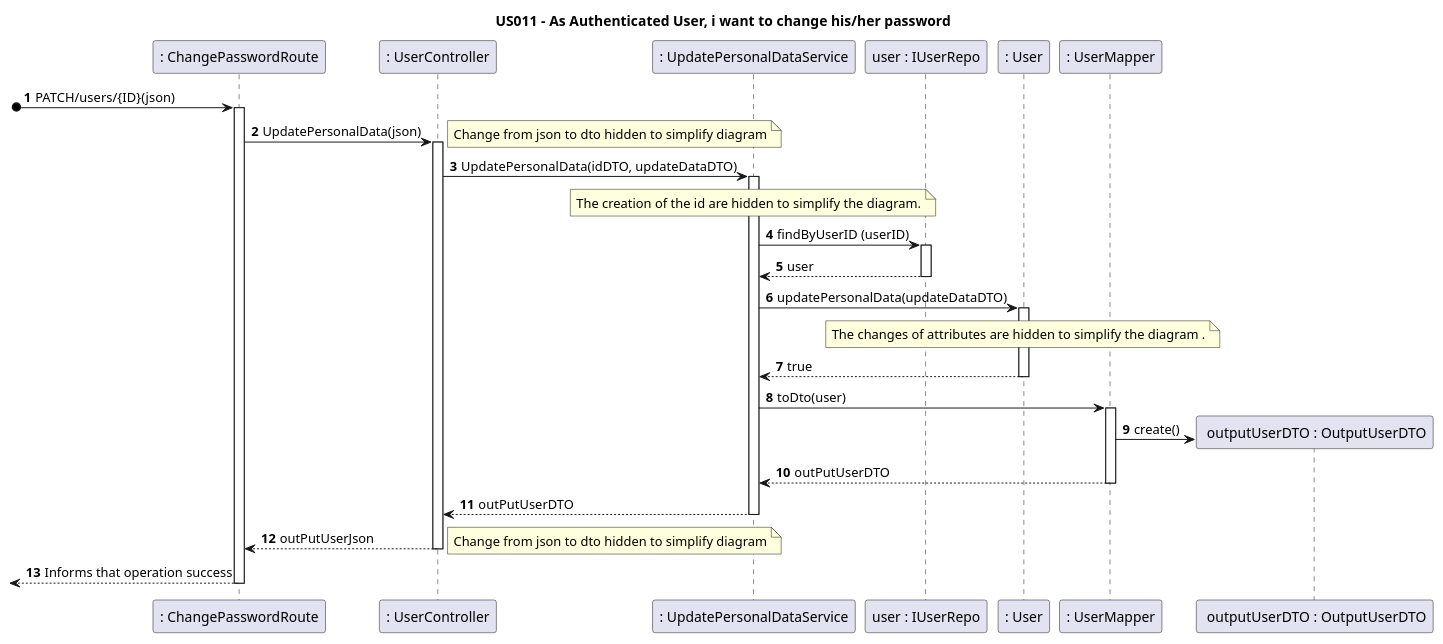
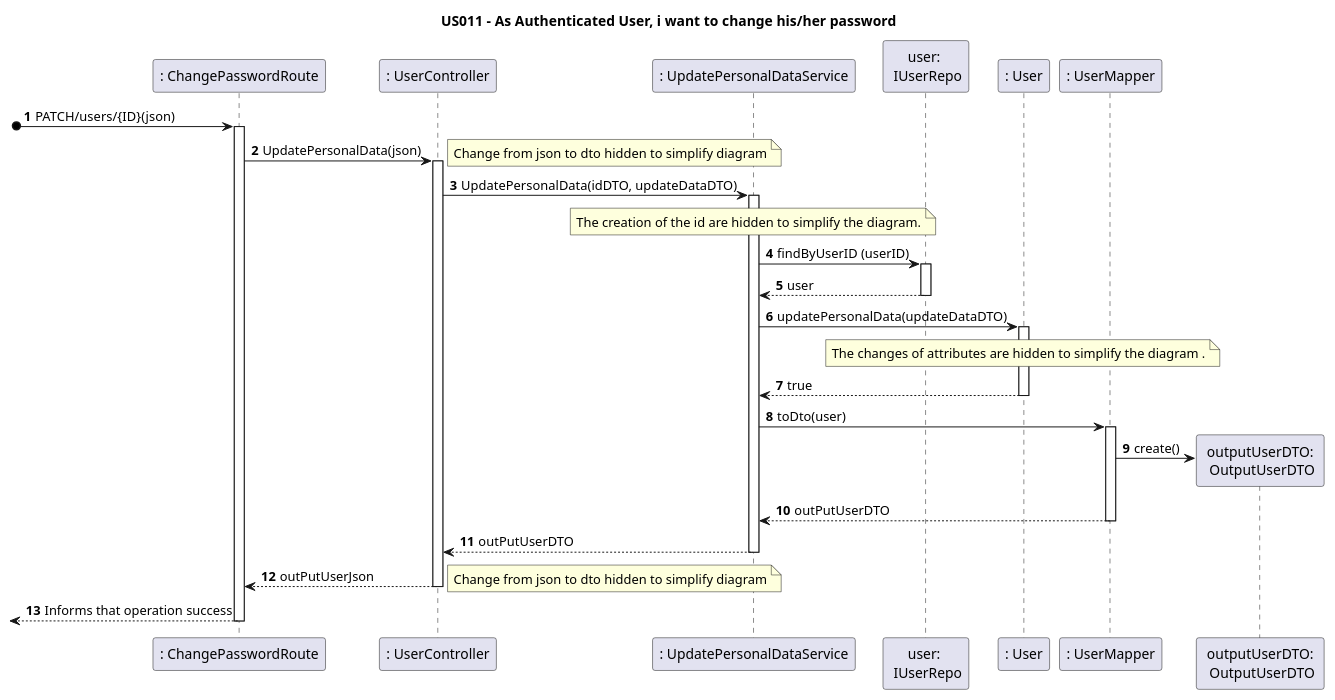
The diagram in docs/Sprint1/US011/US011RE-SD.puml (nunogon1211787/projectManagement), drawn with PlantUML before and after one commit. The commit also changed 12 other files, not shown here.

```diff
--- a/docs/Sprint1/US011/US011RE-SD.puml
+++ b/docs/Sprint1/US011/US011RE-SD.puml
@@ -1,50 +1,50 @@
 @startuml
 'https://plantuml.com/sequence-diagram
 
 title US011 - As Authenticated User, i want to change his/her password
 
 autoactivate on
 autonumber
 
 
 participant ": ChangePasswordRoute" as UI
 participant ": UserController" as Ctrl
 participant ": UpdatePersonalDataService" as service
-participant "user : IUserRepo" as repo
+participant "user: \n IUserRepo" as repo
 participant ": User" as user
 participant ": UserMapper" as mapper
-participant " outputUserDTO : OutputUserDTO" as outdto
+participant " outputUserDTO: \n OutputUserDTO" as outdto
 
 
 
 [o-> UI: PATCH/users/{ID}(json)
 UI -> Ctrl: UpdatePersonalData(json)
 note right
 Change from json to dto hidden to simplify diagram
 end note
 Ctrl -> service : UpdatePersonalData(idDTO, updateDataDTO)
 note over service : The creation of the id are hidden to simplify the diagram.
 
 service -> repo: findByUserID (userID)
 repo --> service : user
 service->user: updatePersonalData(updateDataDTO)
 note over user : The changes of attributes are hidden to simplify the diagram .
 
 'user -> user: validateOldPassword(oldPassword)
 'deactivate user
 'user -> user: updatePassword(oldPassword, newPassword,\n newPasswordConfirmation)
 'deactivate user
 user-->service : true
 
 service->mapper : toDto(user)
 mapper -> outdto **: create()
 mapper-->service : outPutUserDTO
 service-->Ctrl : outPutUserDTO
 Ctrl -->UI : outPutUserJson
 note right
 Change from json to dto hidden to simplify diagram
 end note
 [<--UI : Informs that operation success
 
 
 @enduml
```
